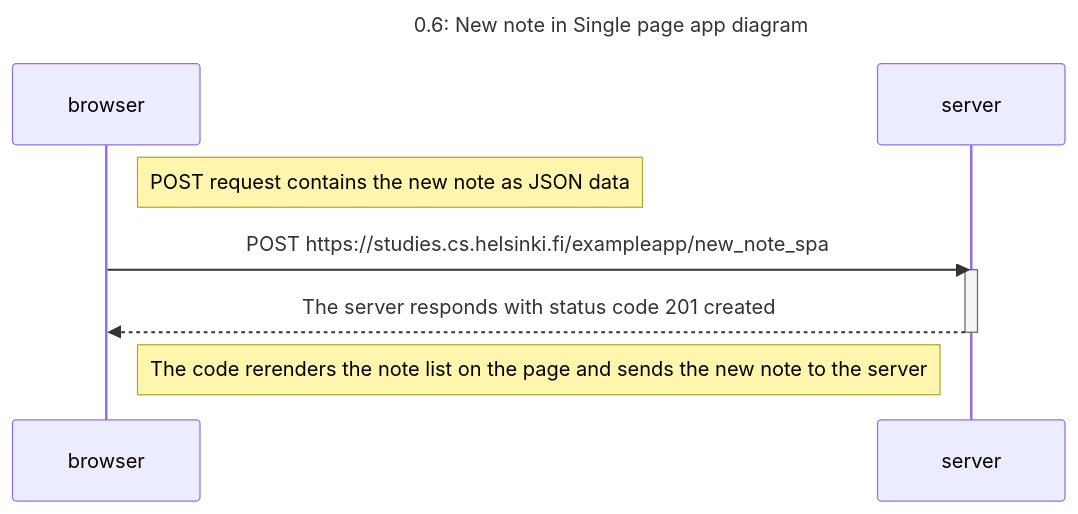
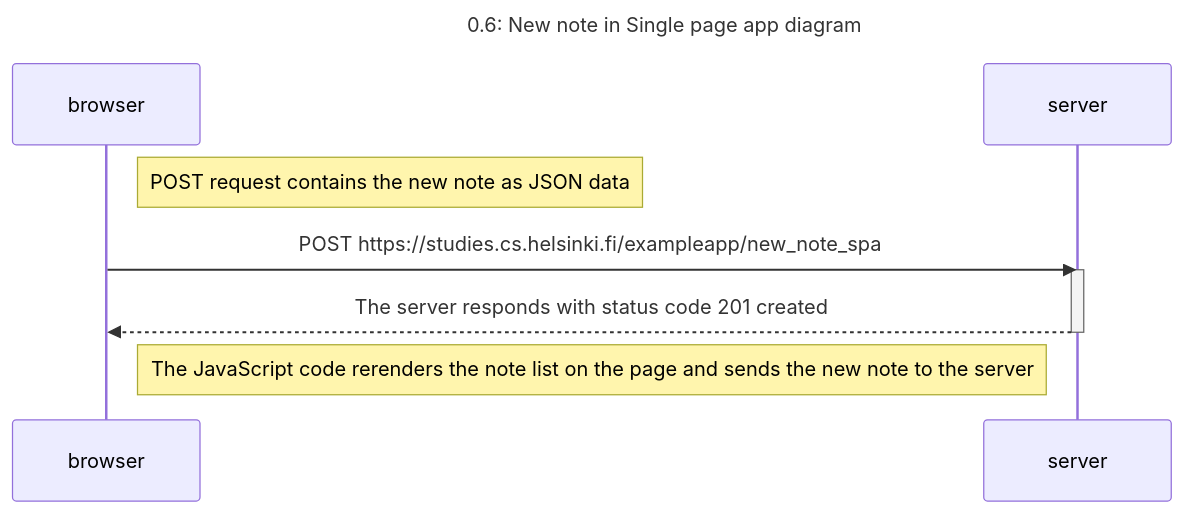
One commit to fercodes/test changed the diagram in 06.md. Above: the diagram before and after it, drawn with Mermaid.

````diff
--- a/06.md
+++ b/06.md
@@ -1,17 +1,17 @@
 ```mermaid
 
 sequenceDiagram
     title 0.6: New note in Single page app diagram
     participant browser
     participant server
 
     Note right of browser: POST request contains the new note as JSON data
 
     browser->>server: POST https://studies.cs.helsinki.fi/exampleapp/new_note_spa
     activate server
     server-->>browser: The server responds with status code 201 created
     deactivate server
 
-    Note right of browser: The code rerenders the note list on the page and sends the new note to the server
+    Note right of browser: The JavaScript code rerenders the note list on the page and sends the new note to the server
 
 ```
````
